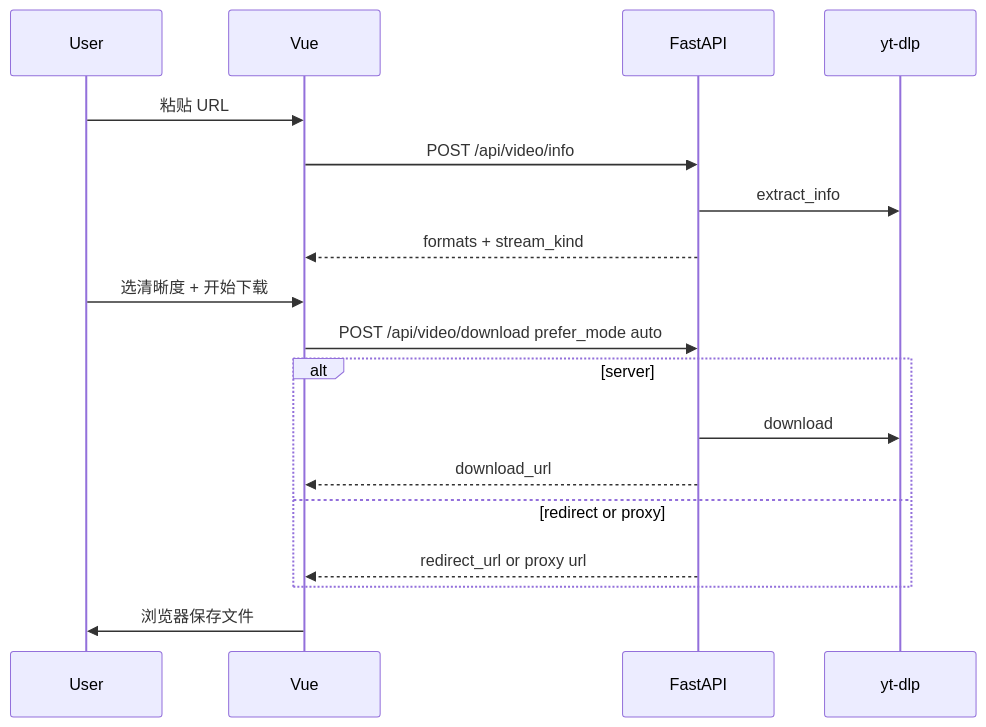
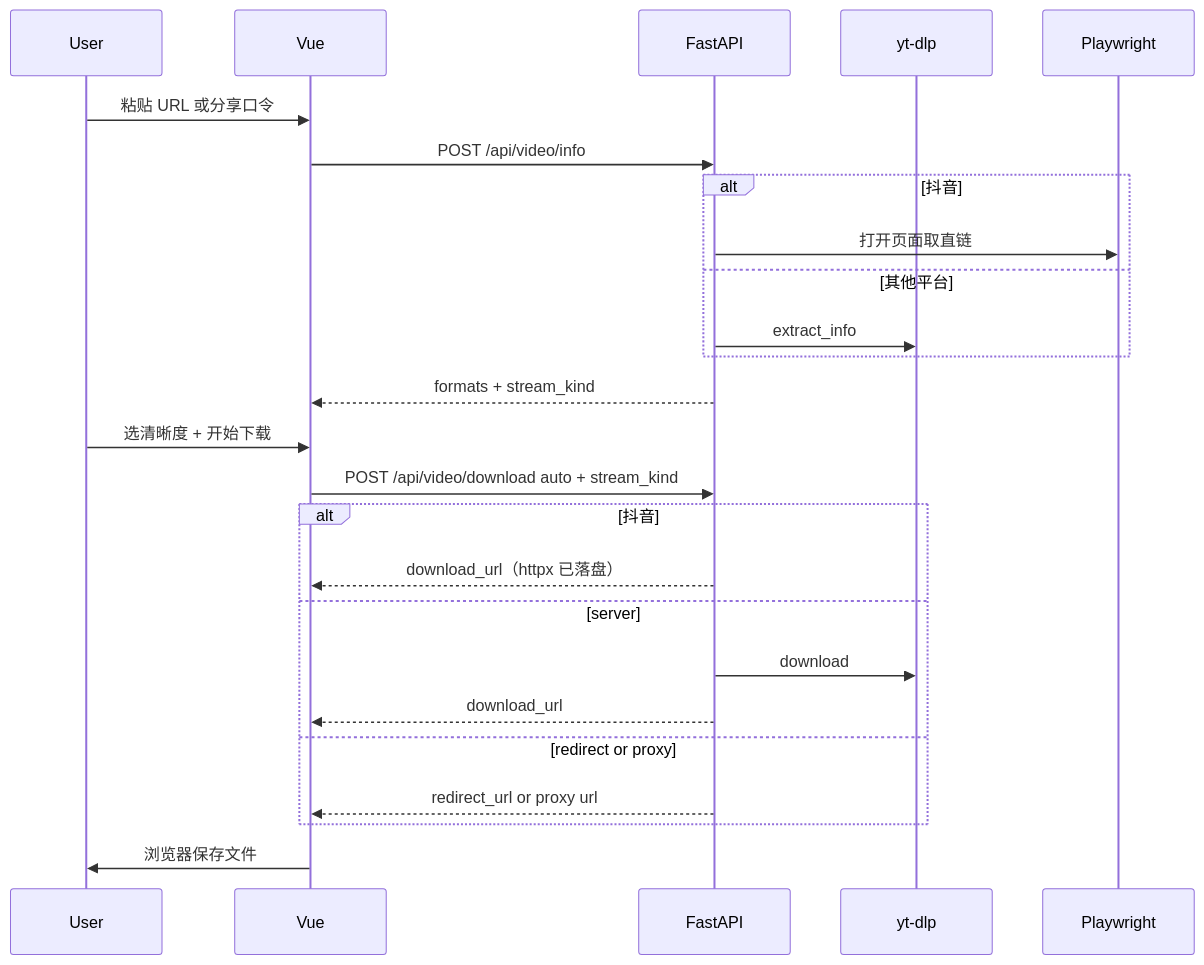
Before and after one commit to janyoshimoto309-oss/vedio-download: the diagram in docs/03-设计文档.md, drawn with Mermaid. The commit also changed other lines of this file and 25 other files, not shown here.

````diff
--- a/docs/03-设计文档.md
+++ b/docs/03-设计文档.md
@@ -217,21 +250,28 @@
 ```mermaid
 sequenceDiagram
     participant U as User
     participant F as Vue
     participant B as FastAPI
     participant Y as yt-dlp
+    participant P as Playwright
 
-    U->>F: 粘贴 URL
+    U->>F: 粘贴 URL 或分享口令
     F->>B: POST /api/video/info
-    B->>Y: extract_info
+    alt 抖音
+        B->>P: 打开页面取直链
+    else 其他平台
+        B->>Y: extract_info
+    end
     B-->>F: formats + stream_kind
     U->>F: 选清晰度 + 开始下载
-    F->>B: POST /api/video/download prefer_mode auto
-    alt server
+    F->>B: POST /api/video/download auto + stream_kind
+    alt 抖音
+        B-->>F: download_url（httpx 已落盘）
+    else server
         B->>Y: download
         B-->>F: download_url
     else redirect or proxy
         B-->>F: redirect_url or proxy url
     end
     F->>U: 浏览器保存文件
 ```
````
